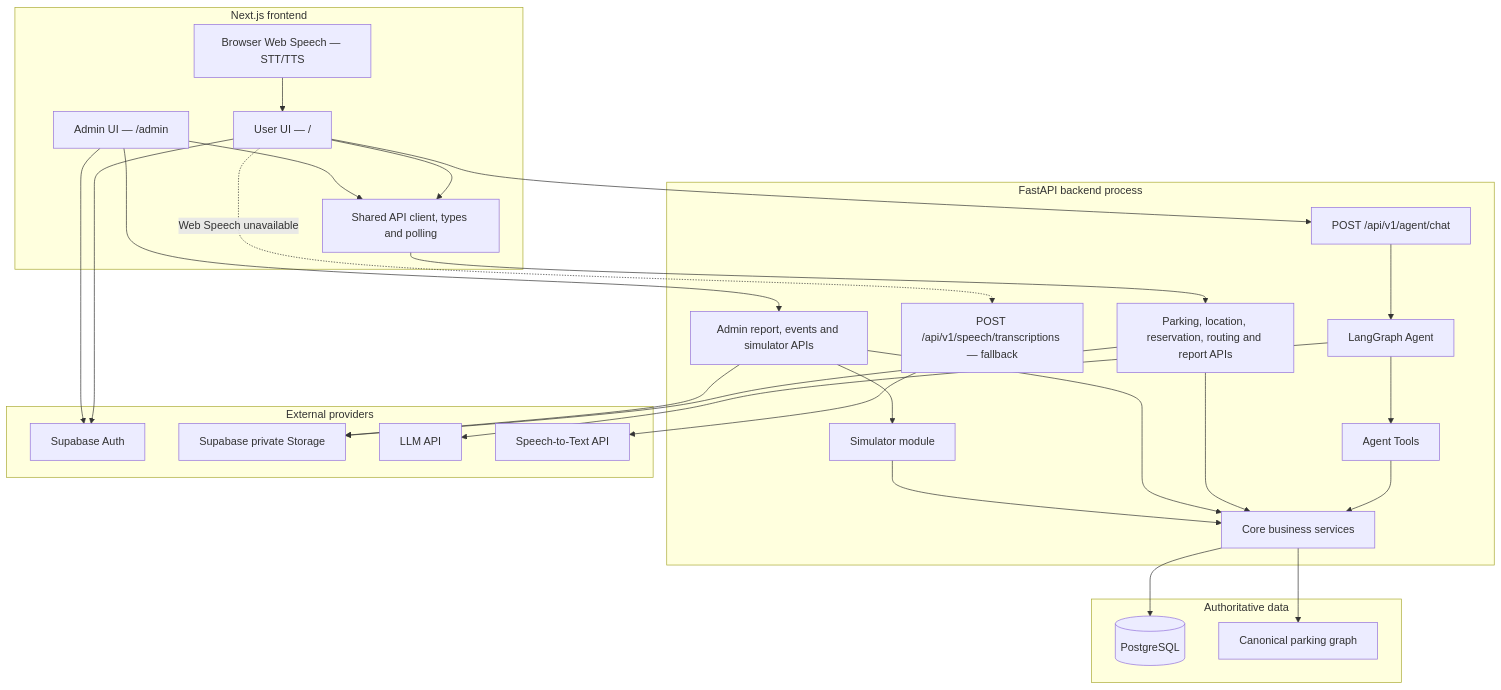
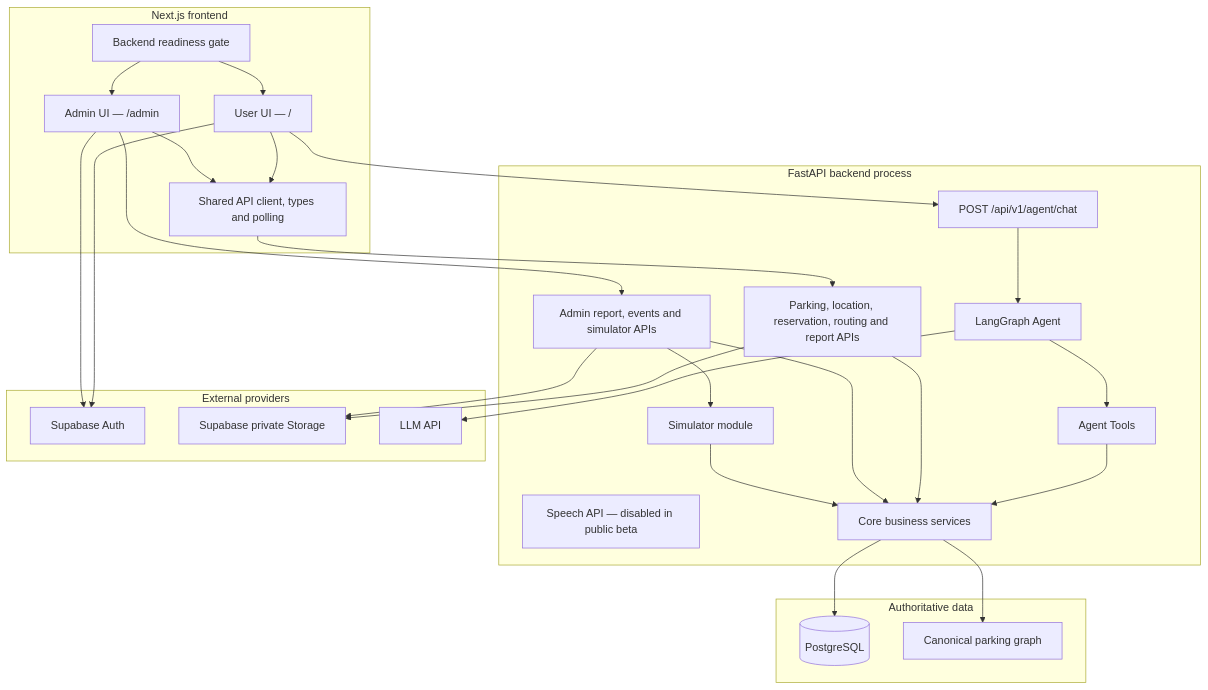
The first of 9 diagrams in docs/architecture.md (Ngducanh05/T-152), drawn with Mermaid before and after one commit. The commit also changed other lines of this file and 13 other files, not shown here.

Commit message:
docs: align public beta architecture and feature documentation

````diff
--- a/docs/architecture.md
+++ b/docs/architecture.md
@@ -24,57 +27,55 @@
 ```mermaid
 flowchart TB
     subgraph Browser["Next.js frontend"]
         UserUI["User UI — /"]
         AdminUI["Admin UI — /admin"]
         Shared["Shared API client, types and polling"]
-        WebSpeech["Browser Web Speech — STT/TTS"]
+        Readiness["Backend readiness gate"]
     end
 
     subgraph Backend["FastAPI backend process"]
         PublicAPI["Parking, location, reservation, routing and report APIs"]
         AgentAPI["POST /api/v1/agent/chat"]
-        SpeechAPI["POST /api/v1/speech/transcriptions — fallback"]
+        SpeechAPI["Speech API — disabled in public beta"]
         AdminAPI["Admin report, events and simulator APIs"]
         Agent["LangGraph Agent"]
         Tools["Agent Tools"]
         Core["Core business services"]
         Simulator["Simulator module"]
     end
 
     subgraph Data["Authoritative data"]
         DB[("PostgreSQL")]
         Map["Canonical parking graph"]
     end
 
     subgraph External["External providers"]
         Auth["Supabase Auth"]
         Storage["Supabase private Storage"]
         LLM["LLM API"]
-        STT["Speech-to-Text API"]
     end
 
     UserUI --> Shared
     AdminUI --> Shared
     UserUI --> Auth
     AdminUI --> Auth
-    WebSpeech --> UserUI
+    Readiness --> UserUI
+    Readiness --> AdminUI
     Shared --> PublicAPI
     UserUI --> AgentAPI
     AdminUI --> AdminAPI
-    UserUI -. "Web Speech unavailable" .-> SpeechAPI
 
     AgentAPI --> Agent
     Agent --> LLM
     Agent --> Tools
     Tools --> Core
     PublicAPI --> Core
     AdminAPI --> Core
     AdminAPI --> Simulator
     Simulator --> Core
-    SpeechAPI --> STT
     PublicAPI --> Storage
     AdminAPI --> Storage
 
     Core --> DB
     Core --> Map
 ```
````
